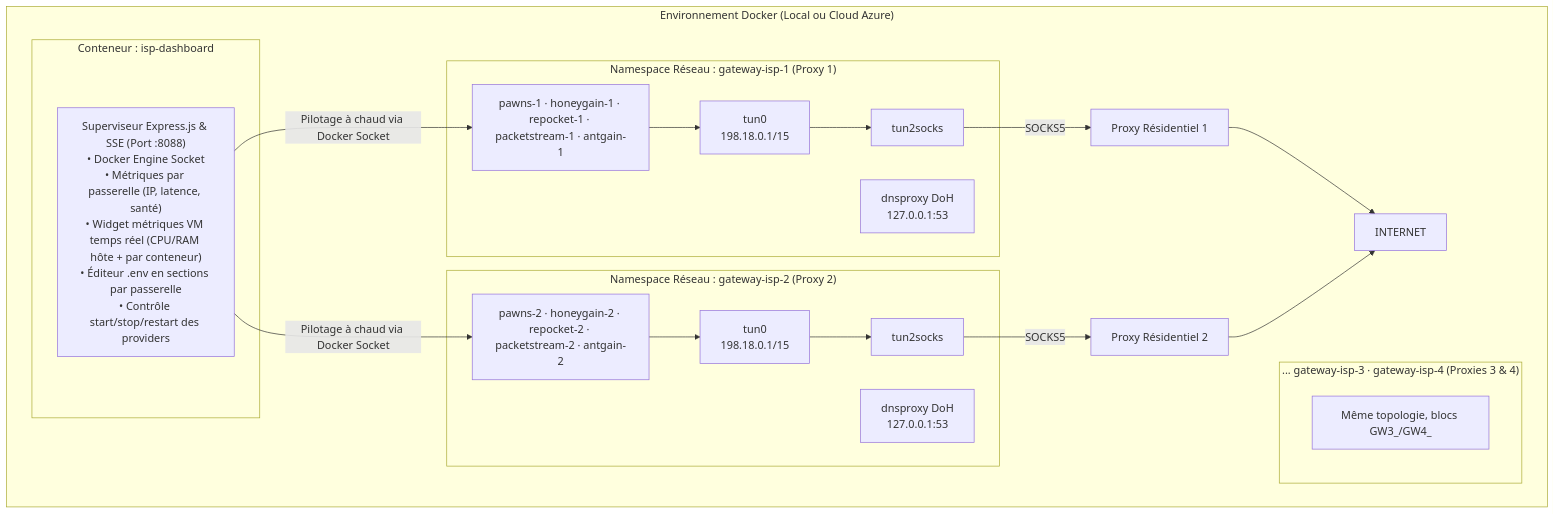
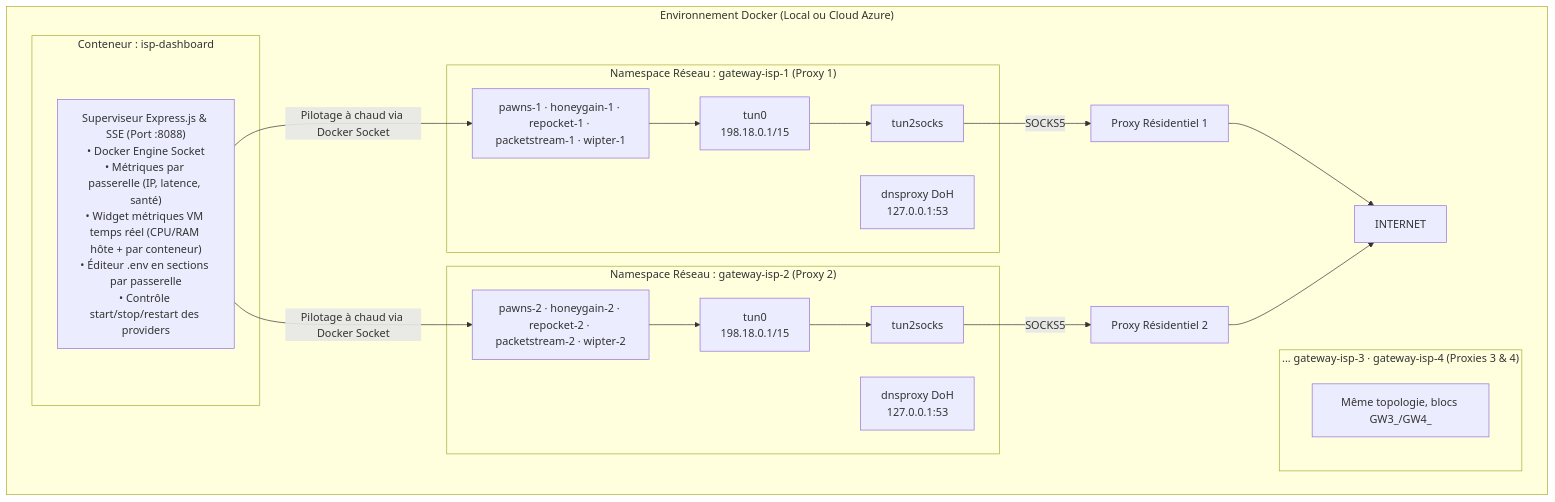
One commit to ki2pixel/proxy_docker changed the diagram in README.md. Above: the diagram before and after it, drawn with Mermaid. The commit also changed other lines of this file and 22 other files, not shown here.

Commit message:
feat(wipter): remplacer le monétiseur Antgain par Wipter et ajouter des hostnames desktop

````diff
--- a/README.md
+++ b/README.md
@@ -11,32 +11,32 @@
 ```mermaid
 graph TD
     subgraph Docker ["Environnement Docker (Local ou Cloud Azure)"]
         subgraph GW1 ["Namespace Réseau : gateway-isp-1 (Proxy 1)"]
             TUN1["tun0<br>198.18.0.1/15"] --> T2S1["tun2socks"]
             DOH1["dnsproxy DoH<br>127.0.0.1:53"]
-            P1["pawns-1 · honeygain-1 · repocket-1 · packetstream-1 · antgain-1"]
+            P1["pawns-1 · honeygain-1 · repocket-1 · packetstream-1 · wipter-1"]
         end
         subgraph GW2 ["Namespace Réseau : gateway-isp-2 (Proxy 2)"]
             TUN2["tun0<br>198.18.0.1/15"] --> T2S2["tun2socks"]
             DOH2["dnsproxy DoH<br>127.0.0.1:53"]
-            P2["pawns-2 · honeygain-2 · repocket-2 · packetstream-2 · antgain-2"]
+            P2["pawns-2 · honeygain-2 · repocket-2 · packetstream-2 · wipter-2"]
         end
         subgraph GW4 ["... gateway-isp-3 · gateway-isp-4 (Proxies 3 & 4)"]
             P4["Même topologie, blocs GW3_/GW4_"]
         end
 
         subgraph DashboardContainer ["Conteneur : isp-dashboard"]
             DASH["Superviseur Express.js & SSE (Port :8088)<br>• Docker Engine Socket<br>• Métriques par passerelle (IP, latence, santé)<br>• Widget métriques VM temps réel (CPU/RAM hôte + par conteneur)<br>• Éditeur .env en sections par passerelle<br>• Contrôle start/stop/restart des providers"]
         end
 
         UPSTREAM1["Proxy Résidentiel 1"] --> INTERNET
         UPSTREAM2["Proxy Résidentiel 2"] --> INTERNET
     end
 
     P1 --> TUN1
     P2 --> TUN2
     T2S1 -->|SOCKS5| UPSTREAM1
     T2S2 -->|SOCKS5| UPSTREAM2
     DASH -->|Pilotage à chaud via Docker Socket| P1
     DASH -->|Pilotage à chaud via Docker Socket| P2
 ```
````
